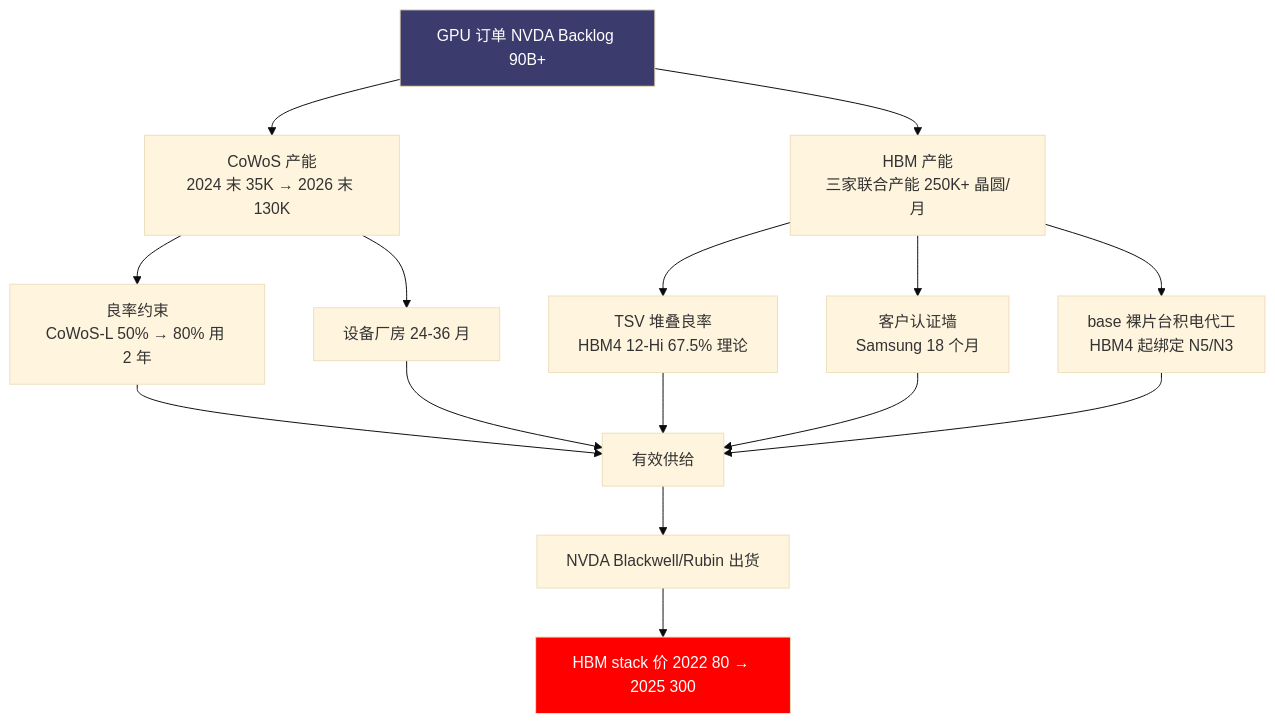
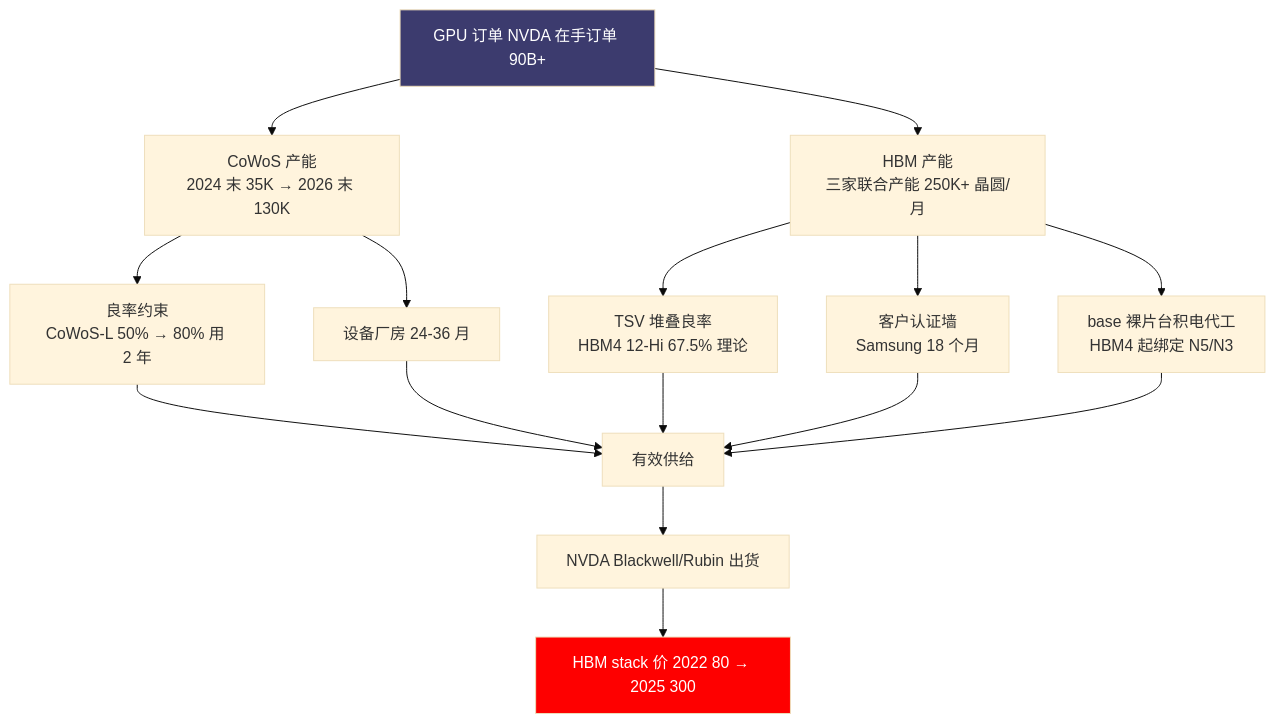
One commit to diguike/book-compute-economics changed the first of 5 diagrams in book/11-bottleneck-physics/README.md. Above: the diagram before and after it, drawn with Mermaid (base theme). The commit also changed other lines of this file and 14 other files, not shown here.

Commit message:
book/03-31: 全书英文黑话中文化 — niche→细分市场/环节、takeaway→要点、benchmark→基准测试、know-how→技术诀窍、backlog→在手订单、college wage premium→大学工资溢价、footprint→产能占用 等（保留评测/数据源专名、英文引语、双语术语首现）；ch08 补 InfiniBand 一句话定义 + 飞书 15 章同步回填 last_synced

````diff
--- a/book/11-bottleneck-physics/README.md
+++ b/book/11-bottleneck-physics/README.md
@@ -35,23 +35,23 @@
 ```mermaid
 graph TD
-    A[GPU 订单 NVDA Backlog 90B+] --> B[CoWoS 产能<br/>2024 末 35K → 2026 末 130K]
+    A[GPU 订单 NVDA 在手订单 90B+] --> B[CoWoS 产能<br/>2024 末 35K → 2026 末 130K]
     A --> C[HBM 产能<br/>三家联合产能 250K+ 晶圆/月]
 
     B --> B1[良率约束<br/>CoWoS-L 50% → 80% 用 2 年]
     B --> B2[设备厂房 24-36 月]
     C --> C1[TSV 堆叠良率<br/>HBM4 12-Hi 67.5% 理论]
     C --> C2[客户认证墙<br/>Samsung 18 个月]
     C --> C3[base 裸片台积电代工<br/>HBM4 起绑定 N5/N3]
 
     B1 --> D[有效供给]
     B2 --> D
     C1 --> D
     C2 --> D
     C3 --> D
 
     D --> E[NVDA Blackwell/Rubin 出货]
     E --> F[HBM stack 价 2022 80 → 2025 300]
 
     style A fill:#3C3B6E,color:#fff
     style F fill:#FE0000,color:#fff
 ```
````
